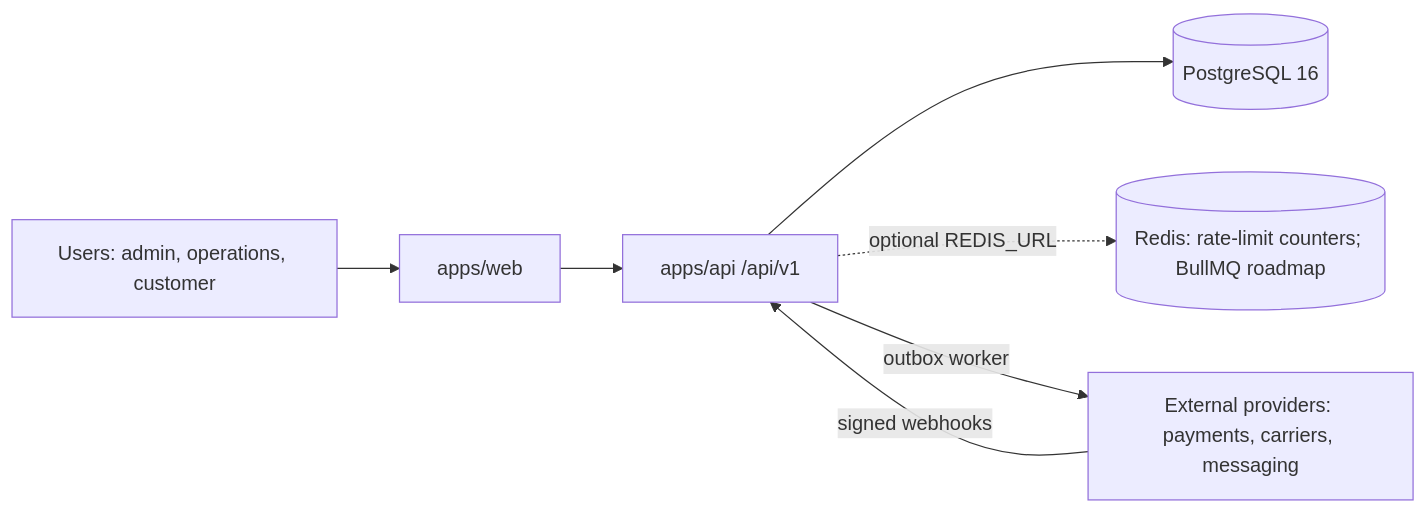
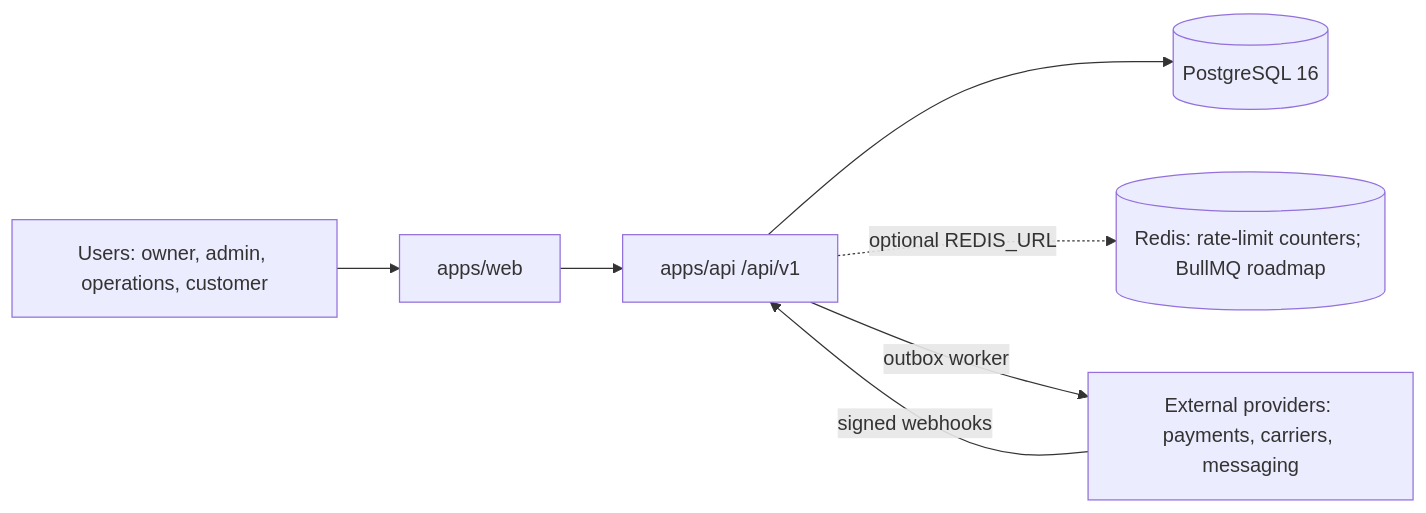
Before and after one commit to octavolab/octavolab-app-template: the diagram in ARCHITECTURE.md, drawn with Mermaid. The commit also changed other lines of this file and 15 other files, not shown here.

````diff
--- a/ARCHITECTURE.md
+++ b/ARCHITECTURE.md
@@ -4,9 +4,9 @@
 ```mermaid
 flowchart LR
-  U[Users: admin, operations, customer] --> W[apps/web]
+  U[Users: owner, admin, operations, customer] --> W[apps/web]
   W --> A[apps/api /api/v1]
   A --> P[(PostgreSQL 16)]
   A -. optional REDIS_URL .-> R[(Redis: rate-limit counters; BullMQ roadmap)]
   A -- outbox worker --> X[External providers: payments, carriers, messaging]
   X -- signed webhooks --> A
 ```
````
